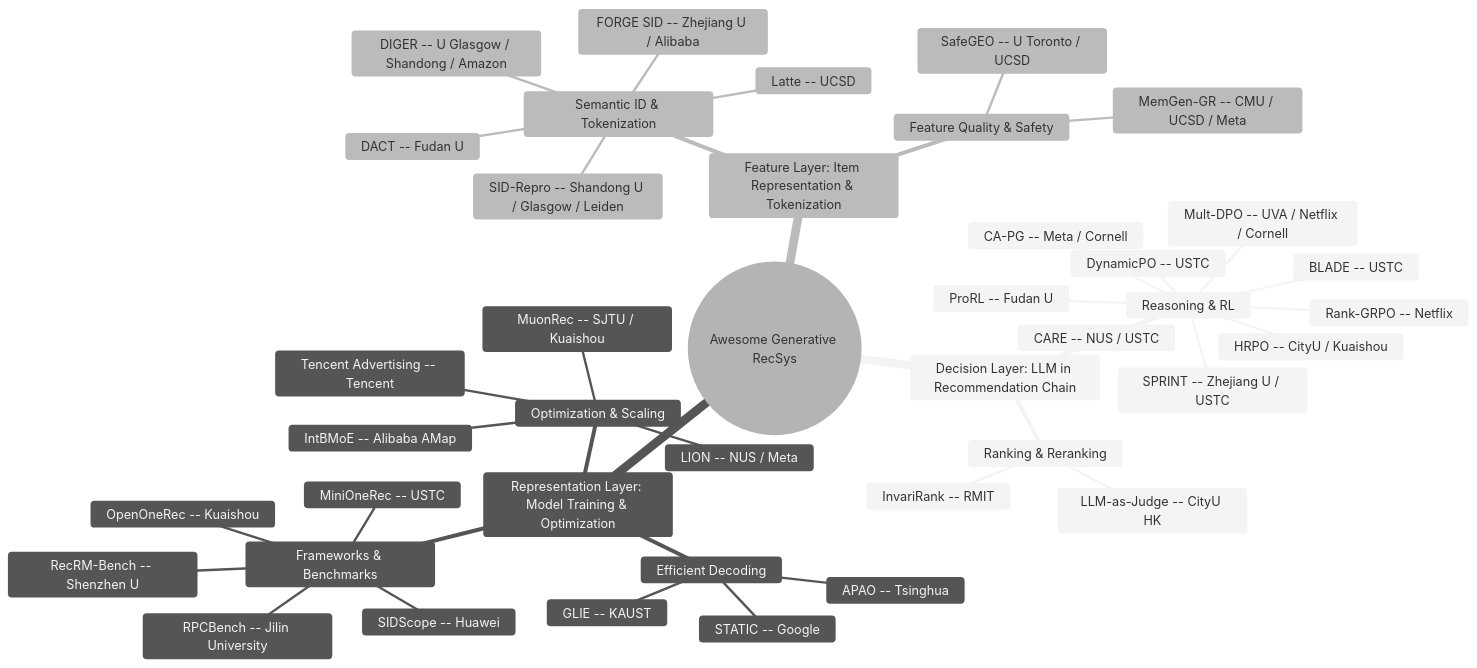
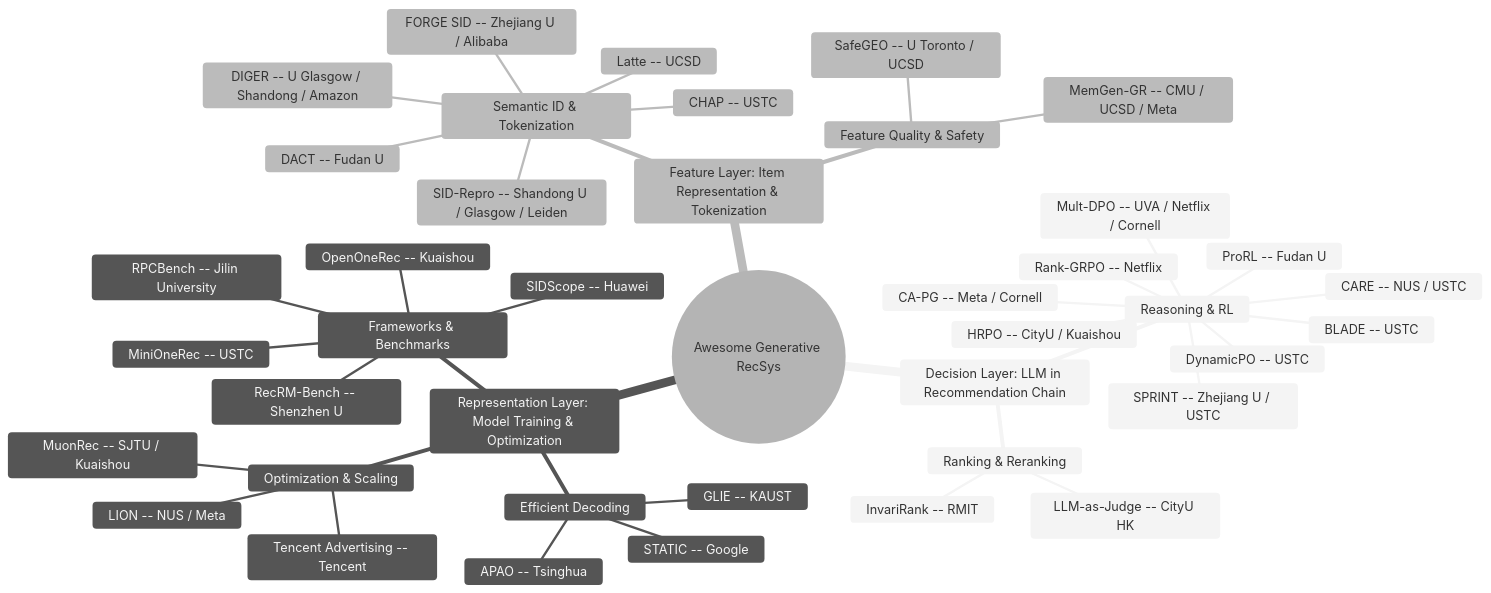
One commit to HaFred/awesome-generative-recsys changed the diagram in README.md. Above: the diagram before and after it, drawn with Mermaid (neutral theme). The commit also changed other lines of this file and 2 other files, not shown here.

````diff
--- a/README.md
+++ b/README.md
@@ -30,45 +30,45 @@
 ```mermaid
 mindmap
   root((Awesome Generative RecSys))
     Decision Layer: LLM in Recommendation Chain
       Reasoning & RL
         Rank-GRPO -- Netflix
         DynamicPO -- USTC
         BLADE -- USTC
         SPRINT -- Zhejiang U / USTC
         CARE -- NUS / USTC
         HRPO -- CityU / Kuaishou
         Mult-DPO -- UVA / Netflix / Cornell
         CA-PG -- Meta / Cornell
         ProRL -- Fudan U
       Ranking & Reranking
         InvariRank -- RMIT
         LLM-as-Judge -- CityU HK
     Representation Layer: Model Training & Optimization
       Frameworks & Benchmarks
         MiniOneRec -- USTC
         OpenOneRec -- Kuaishou
         RecRM-Bench -- Shenzhen U
         SIDScope -- Huawei
         RPCBench -- Jilin University
       Efficient Decoding
         STATIC -- Google
         APAO -- Tsinghua
         GLIE -- KAUST
       Optimization & Scaling
         MuonRec -- SJTU / Kuaishou
         Tencent Advertising -- Tencent
         LION -- NUS / Meta
-        IntBMoE -- Alibaba AMap
     Feature Layer: Item Representation & Tokenization
       Semantic ID & Tokenization
         Latte -- UCSD
         FORGE SID -- Zhejiang U / Alibaba
         DIGER -- U Glasgow / Shandong / Amazon
         DACT -- Fudan U
         SID-Repro -- Shandong U / Glasgow / Leiden
+        CHAP -- USTC
       Feature Quality & Safety
         SafeGEO -- U Toronto / UCSD
         MemGen-GR -- CMU / UCSD / Meta
 
 ```
````
